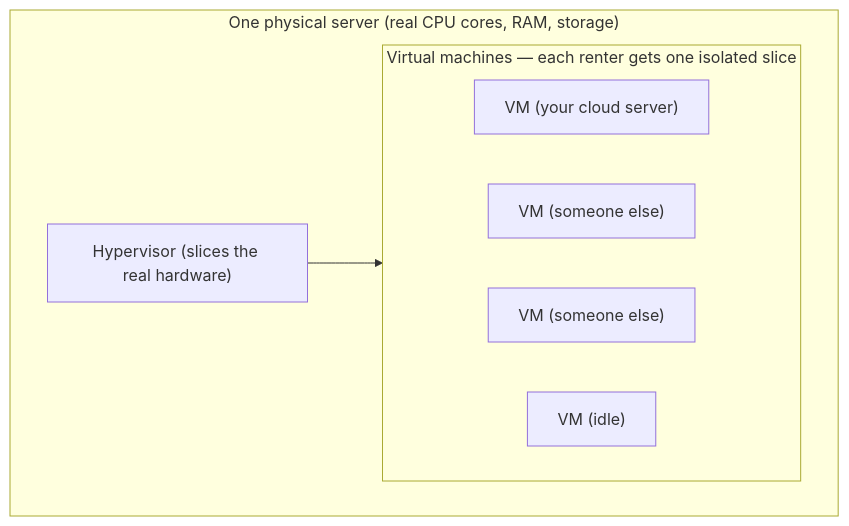
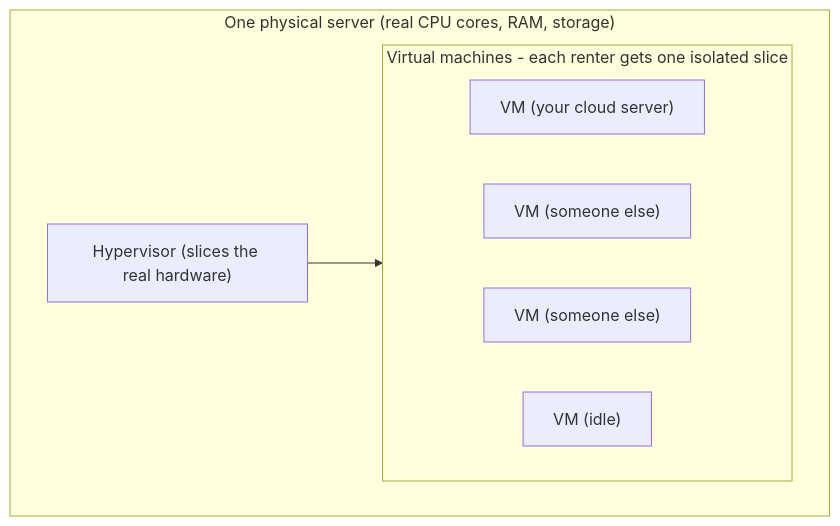
One commit to Topurrra/themissingmanual changed the second of 2 diagrams in guides/hardware/inside-a-server-and-data-center/03-the-data-center-and-the-cloud.md. Above: the diagram before and after it, drawn with Mermaid. The commit also changed other lines of this file and 1072 other files, not shown here.

````diff
--- a/guides/hardware/inside-a-server-and-data-center/03-the-data-center-and-the-cloud.md
+++ b/guides/hardware/inside-a-server-and-data-center/03-the-data-center-and-the-cloud.md
@@ -169,14 +169,14 @@
 ```mermaid
 flowchart TD
   subgraph Box["One physical server (real CPU cores, RAM, storage)"]
     HV["Hypervisor (slices the real hardware)"]
-    subgraph VMs["Virtual machines — each renter gets one isolated slice"]
+    subgraph VMs["Virtual machines - each renter gets one isolated slice"]
       direction LR
       V1["VM (your cloud server)"]
       V2["VM (someone else)"]
       V3["VM (someone else)"]
       V4["VM (idle)"]
     end
     HV --> VMs
   end
 ```
````
